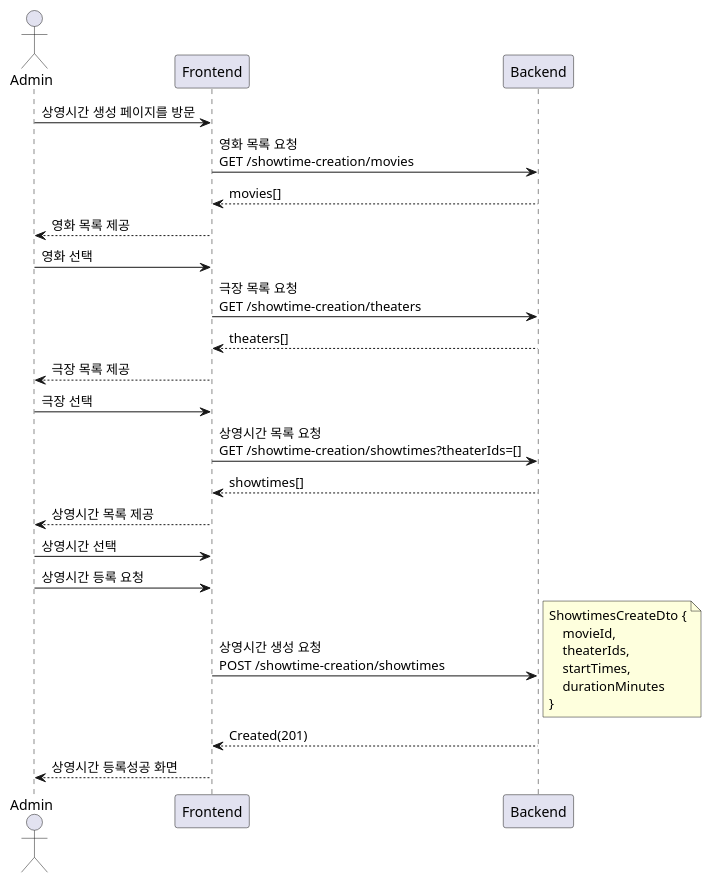
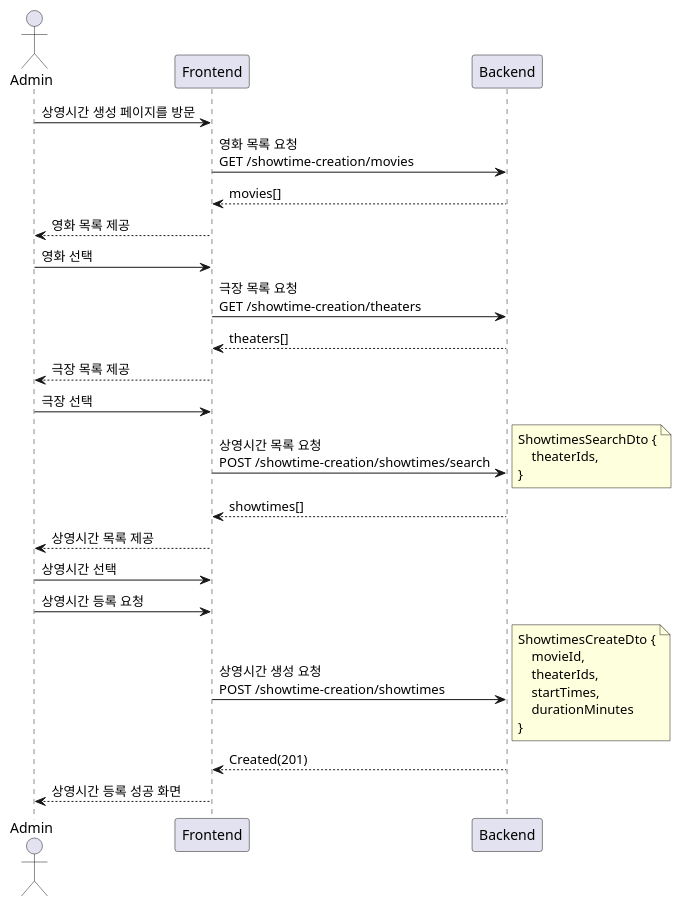
One commit to mannercode/mannercode.github.io changed the fifth of 11 diagrams in _posts/2025-05-01-movie-booking-system-2.md. Above: the diagram before and after it, drawn with PlantUML. The commit also changed other lines of this file and 30 other files, not shown here.

```diff
--- a/_posts/2025-05-01-movie-booking-system-2.md
+++ b/_posts/2025-05-01-movie-booking-system-2.md
@@ -208,35 +238,41 @@
 {% plantuml %}
 @startuml
 actor Admin
 Admin -> Frontend: 상영시간 생성 페이지를 방문
-    Frontend -> Backend:영화 목록 요청\nGET /showtime-creation/movies
+    Frontend -> Backend: 영화 목록 요청\nGET /showtime-creation/movies
     Frontend <-- Backend: movies[]
 Admin <-- Frontend: 영화 목록 제공
 
 Admin -> Frontend: 영화 선택
-    Frontend -> Backend:극장 목록 요청\nGET /showtime-creation/theaters
+    Frontend -> Backend: 극장 목록 요청\nGET /showtime-creation/theaters
     Frontend <-- Backend: theaters[]
 Admin <-- Frontend: 극장 목록 제공
 
 Admin -> Frontend: 극장 선택
-    Frontend -> Backend: 상영시간 목록 요청\nGET /showtime-creation/showtimes?theaterIds=[]
+    Frontend -> Backend: 상영시간 목록 요청\nPOST /showtime-creation/showtimes/search
+        note right
+            ShowtimesSearchDto {
+                theaterIds,
+            }
+        end note
+
     Frontend <-- Backend: showtimes[]
 Admin <-- Frontend: 상영시간 목록 제공
 
 Admin -> Frontend: 상영시간 선택
 
 Admin -> Frontend: 상영시간 등록 요청
     Frontend -> Backend: 상영시간 생성 요청\nPOST /showtime-creation/showtimes
         note right
-        ShowtimesCreateDto {
-            movieId,
-            theaterIds,
-            startTimes,
-            durationMinutes
-        }
+            ShowtimesCreateDto {
+                movieId,
+                theaterIds,
+                startTimes,
+                durationMinutes
+            }
         end note
     Frontend <-- Backend: Created(201)
-Admin <-- Frontend: 상영시간 등록성공 화면
+Admin <-- Frontend: 상영시간 등록 성공 화면
 
 @enduml
 {% endplantuml %}
```
